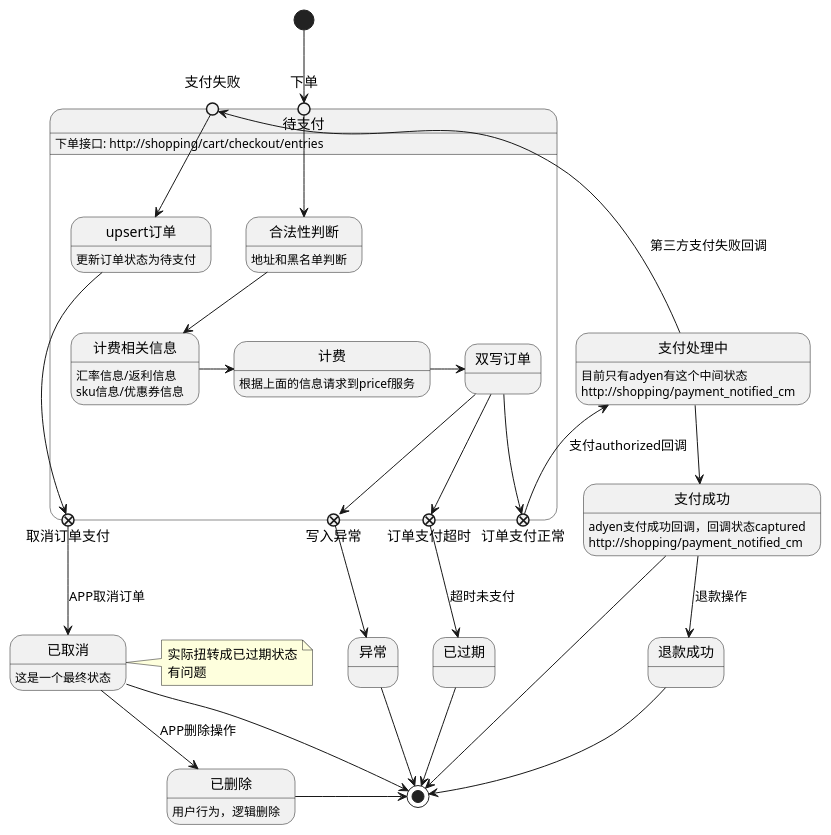
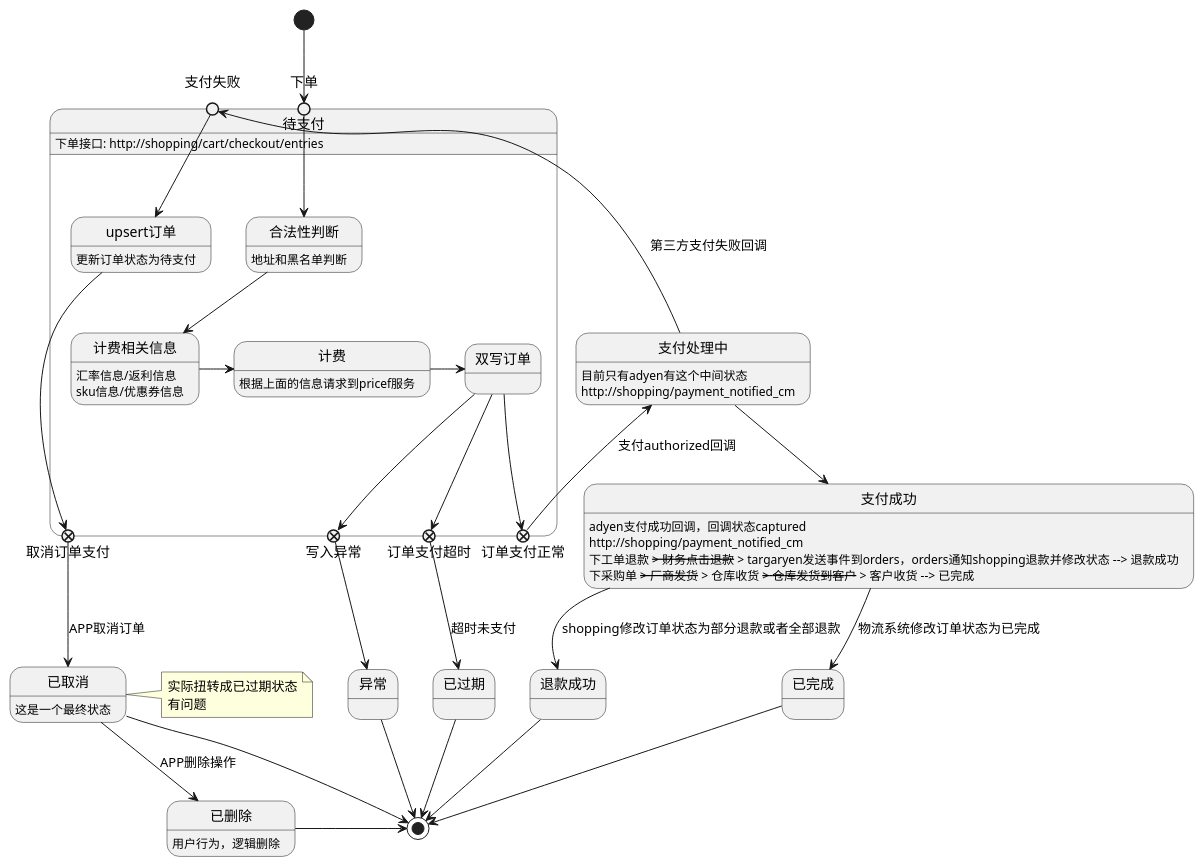
The diagram in work/mms/订单系统/订单状态.md (lnyyj/notes), drawn with PlantUML before and after one commit. The commit also changed 3 other files, not shown here.

````diff
--- a/work/mms/订单系统/订单状态.md
+++ b/work/mms/订单系统/订单状态.md
@@ -28,62 +28,65 @@
 ```plantuml
 @startuml
 state 待支付 {
 state 下单 <<entryPoint>>
 state 支付失败 <<entryPoint>>
 state upsert订单
 下单 --> 合法性判断
 合法性判断: 地址和黑名单判断
 合法性判断 --> 计费相关信息
 计费相关信息 -> 计费
 计费相关信息: 汇率信息/返利信息
 计费相关信息: sku信息/优惠券信息
 计费 -> 双写订单
 计费: 根据上面的信息请求到pricef服务
 支付失败 --> upsert订单
 upsert订单: 更新订单状态为待支付
 upsert订单 --> 取消订单支付 <<exitPoint>>
 双写订单 --> 订单支付正常 <<exitPoint>>
 双写订单 --> 写入异常 <<exitPoint>>
 双写订单 --> 订单支付超时 <<exitPoint>>
 }
 
 [*] --> 下单
 
 待支付: 下单接口: http://shopping/cart/checkout/entries
 
 订单支付超时 --> 已过期: 超时未支付
 已过期 --> [*]
 
 取消订单支付 --> 已取消 : APP取消订单
 已取消: 这是一个最终状态
 
 note right of 已取消 
 实际扭转成已过期状态
 有问题
 end note
 
 已取消 --> [*]
 
 写入异常 --> 异常
 异常 -> [*]
 
 已取消 --> 已删除: APP删除操作
 
 已删除 -> [*]
 已删除: 用户行为，逻辑删除
 
 订单支付正常 --> 支付处理中: 支付authorized回调
 支付处理中: 目前只有adyen有这个中间状态
 支付处理中: http://shopping/payment_notified_cm
 支付处理中 --> 支付失败: 第三方支付失败回调
 
 支付处理中 --> 支付成功
 支付成功: adyen支付成功回调，回调状态captured
 支付成功: http://shopping/payment_notified_cm
 
-支付成功 --> 退款成功: 退款操作
-支付成功 --> [*]
+支付成功: 下工单退款 --> 财务点击退款 --> targaryen发送事件到orders，orders通知shopping退款并修改状态 --> 退款成功
+支付成功 --> 退款成功: shopping修改订单状态为部分退款或者全部退款
+
+支付成功: 下采购单 --> 厂商发货 --> 仓库收货 --> 仓库发货到客户 --> 客户收货 --> 已完成
+支付成功 --> 已完成: 物流系统修改订单状态为已完成
+已完成 --> [*]
 退款成功 --> [*]
-
 @enduml
 ```
````
